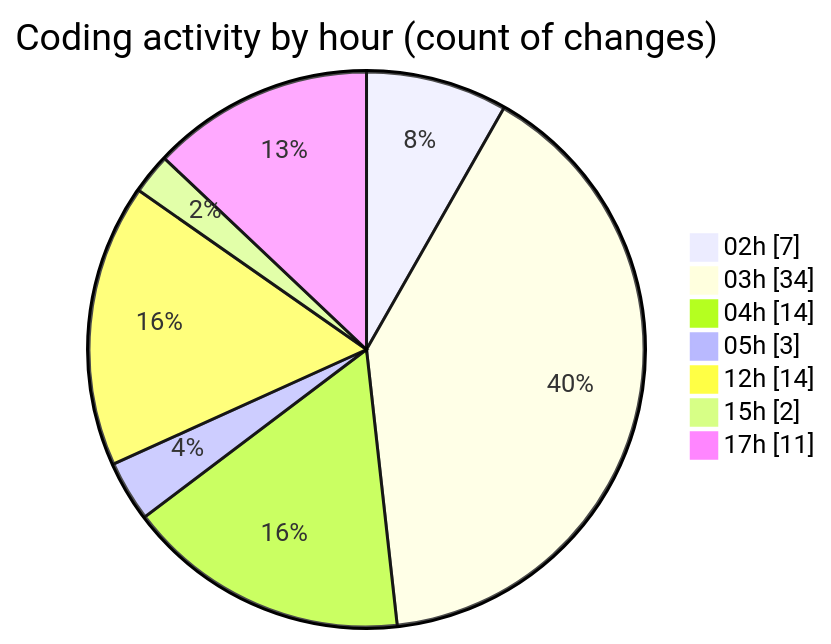
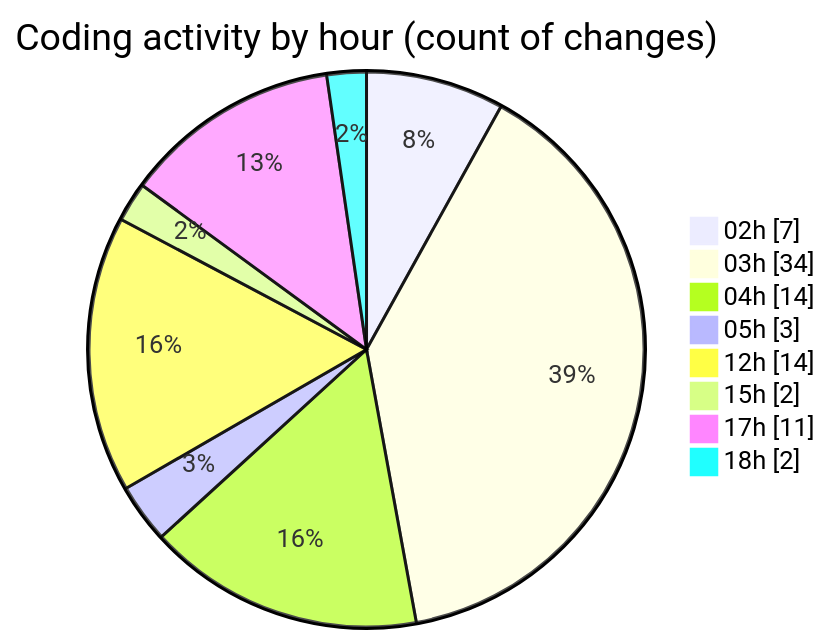
The second of 2 diagrams in 2025-05-29/kimberly-groups/README.md (JenPaints/code-tracking), drawn with Mermaid before and after one commit. The commit also changed other lines of this file and 1 other file, not shown here.

````diff
--- a/2025-05-29/kimberly-groups/README.md
+++ b/2025-05-29/kimberly-groups/README.md
@@ -37,11 +37,12 @@
 ```mermaid
 pie showData
 title Coding activity by hour (count of changes)
 "02h" : 7
 "03h" : 34
 "04h" : 14
 "05h" : 3
 "12h" : 14
 "15h" : 2
 "17h" : 11
+"18h" : 2
 ```
````
